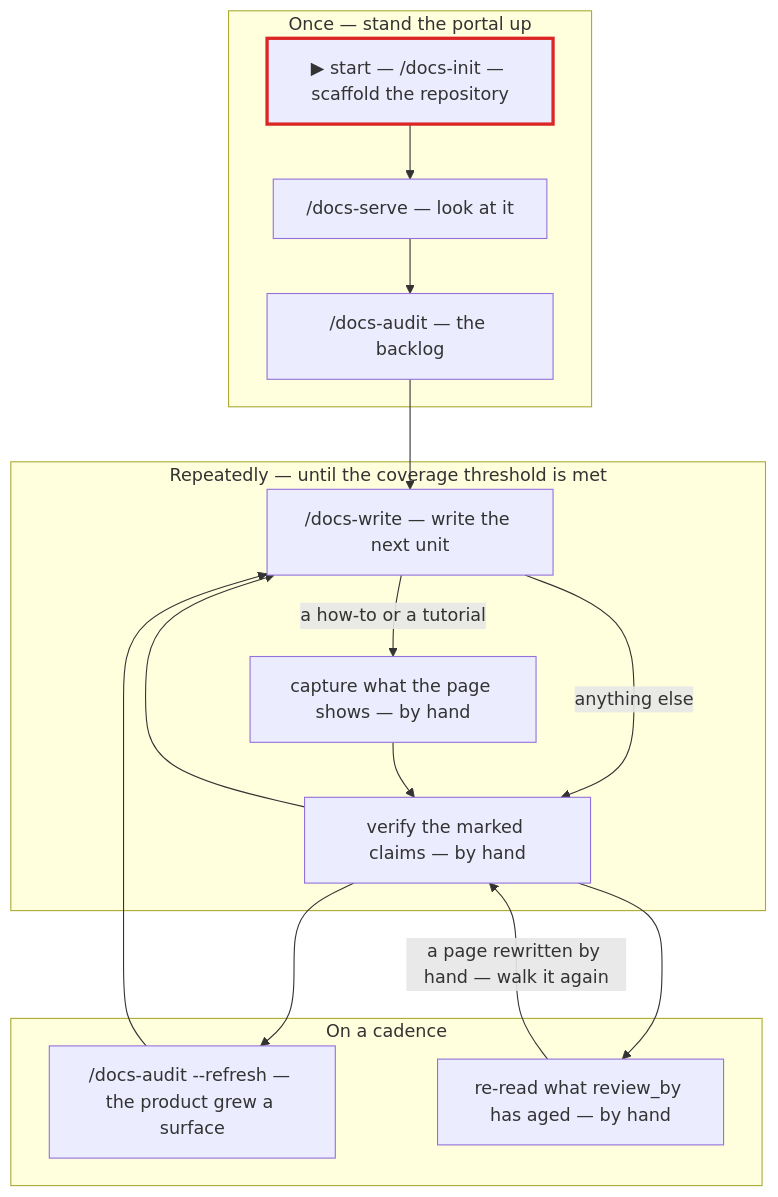
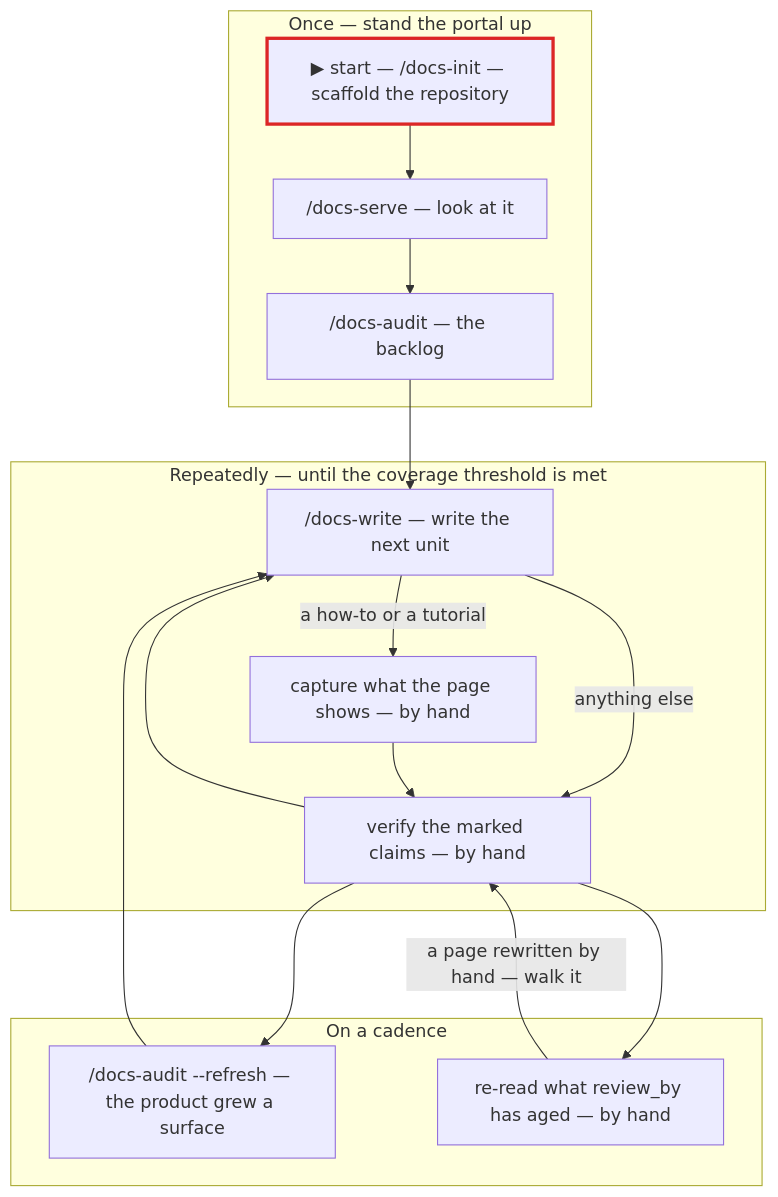
The diagram in plugins/docs-workflows/docs/docs-workflow.md (ihudak/ai-workflows), drawn with Mermaid before and after one commit. The commit also changed other lines of this file, not shown here.

````diff
--- a/plugins/docs-workflows/docs/docs-workflow.md
+++ b/plugins/docs-workflows/docs/docs-workflow.md
@@ -9,31 +9,31 @@
 ```mermaid
 flowchart TD
     subgraph ONCE["Once — stand the portal up"]
         INIT["▶ start — /docs-init — scaffold the repository"]
         SERVE["/docs-serve — look at it"]
         AUDIT["/docs-audit — the backlog"]
         INIT --> SERVE
         SERVE --> AUDIT
     end
     subgraph LOOP["Repeatedly — until the coverage threshold is met"]
         WRITE["/docs-write — write the next unit"]
         CAPTURE["capture what the page shows — by hand"]
         VERIFY["verify the marked claims — by hand"]
         WRITE -->|"a how-to or a tutorial"| CAPTURE
         WRITE -->|"anything else"| VERIFY
         CAPTURE --> VERIFY
         VERIFY --> WRITE
     end
     subgraph CADENCE["On a cadence"]
         REFRESH["/docs-audit --refresh — the product grew a surface"]
         ROT["re-read what review_by has aged — by hand"]
     end
     AUDIT --> WRITE
     VERIFY --> REFRESH
     VERIFY --> ROT
     REFRESH --> WRITE
-    ROT -->|"a page rewritten by hand — walk it again"| VERIFY
+    ROT -->|"a page rewritten by hand — walk it"| VERIFY
 
     classDef entry stroke:#dc2626,stroke-width:3px
     class INIT entry
 ```
````
